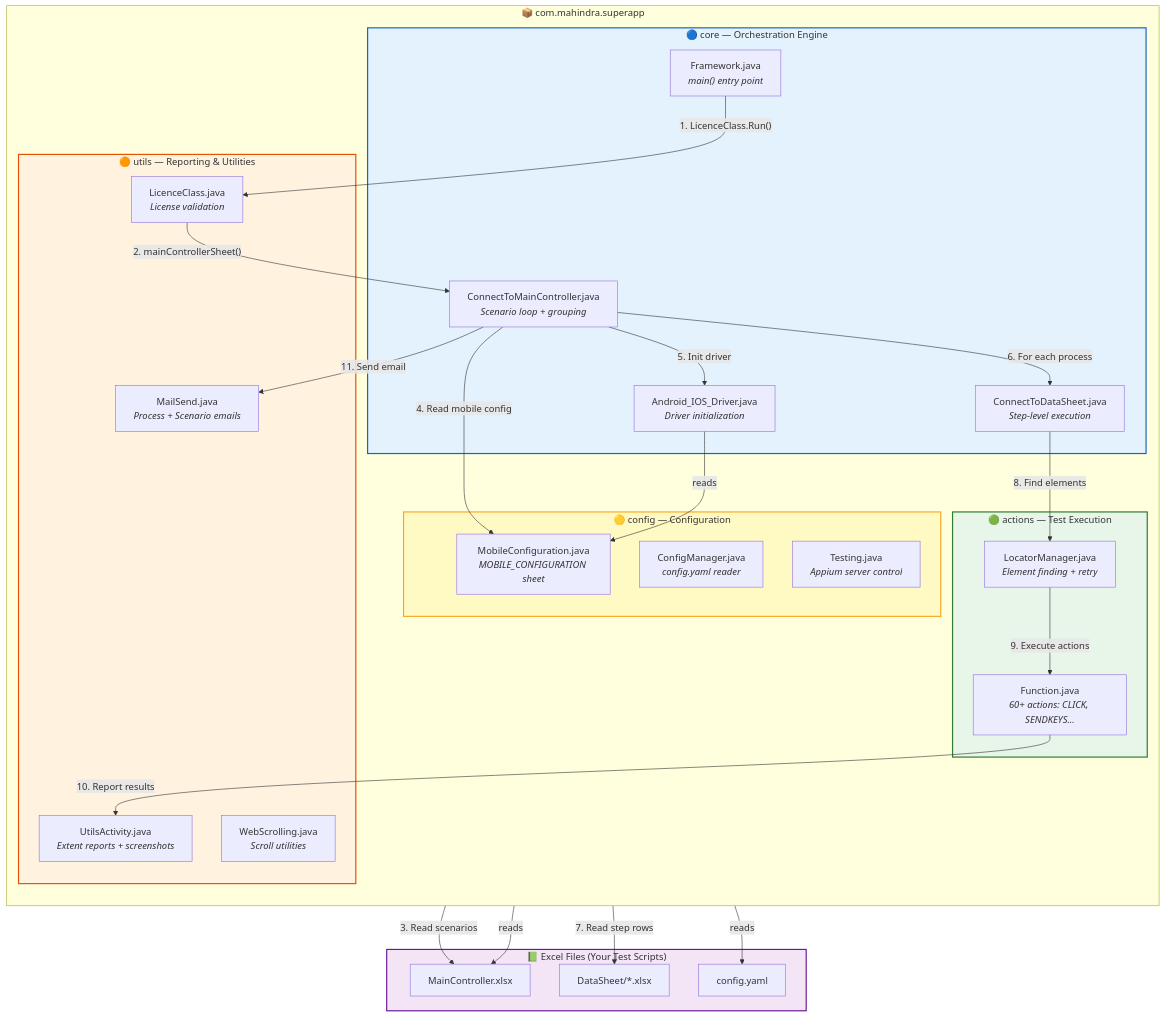
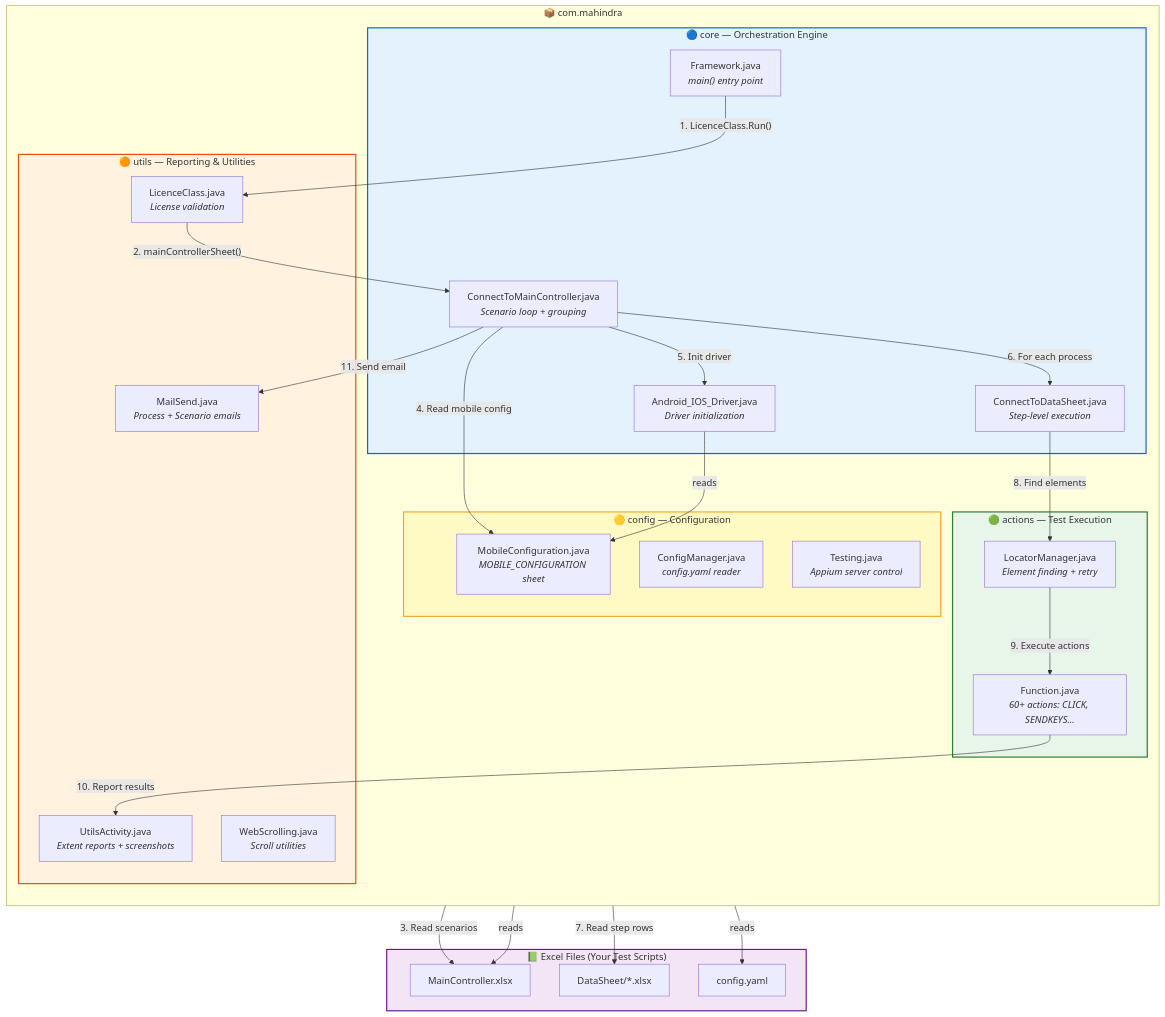
One commit to biswa2000df/BISWAJIT_HYBRID_FRAMEWORK changed the first of 9 diagrams in README.md. Above: the diagram before and after it, drawn with Mermaid. The commit also changed other lines of this file and 20 other files, not shown here.

````diff
--- a/README.md
+++ b/README.md
@@ -97,58 +97,58 @@
 ```mermaid
 graph TB
-    subgraph "📦 com.mahindra.superapp"
+    subgraph "📦 com.mahindra"
         direction TB
         
         subgraph CORE["🔵 core — Orchestration Engine"]
             FW["Framework.java<br/><i>main() entry point</i>"]
             CMC["ConnectToMainController.java<br/><i>Scenario loop + grouping</i>"]
             CDS["ConnectToDataSheet.java<br/><i>Step-level execution</i>"]
             AID["Android_IOS_Driver.java<br/><i>Driver initialization</i>"]
         end
 
         subgraph CONFIG["🟡 config — Configuration"]
             CFG["ConfigManager.java<br/><i>config.yaml reader</i>"]
             MOB["MobileConfiguration.java<br/><i>MOBILE_CONFIGURATION sheet</i>"]
             TST["Testing.java<br/><i>Appium server control</i>"]
         end
 
         subgraph ACTIONS["🟢 actions — Test Execution"]
             LM["LocatorManager.java<br/><i>Element finding + retry</i>"]
             FN["Function.java<br/><i>60+ actions: CLICK, SENDKEYS...</i>"]
         end
 
         subgraph UTILS["🟠 utils — Reporting & Utilities"]
             UA["UtilsActivity.java<br/><i>Extent reports + screenshots</i>"]
             MS["MailSend.java<br/><i>Process + Scenario emails</i>"]
             LC["LicenceClass.java<br/><i>License validation</i>"]
             WS["WebScrolling.java<br/><i>Scroll utilities</i>"]
         end
     end
 
     subgraph EXCEL["📗 Excel Files (Your Test Scripts)"]
         MC["MainController.xlsx"]
         DS["DataSheet/*.xlsx"]
         CY["config.yaml"]
     end
 
     FW -->|"1. LicenceClass.Run()"| LC
     LC -->|"2. mainControllerSheet()"| CMC
     CMC -->|"3. Read scenarios"| MC
     CMC -->|"4. Read mobile config"| MOB
     CMC -->|"5. Init driver"| AID
     CMC -->|"6. For each process"| CDS
     CDS -->|"7. Read step rows"| DS
     CDS -->|"8. Find elements"| LM
     LM -->|"9. Execute actions"| FN
     FN -->|"10. Report results"| UA
     CMC -->|"11. Send email"| MS
     AID -->|"reads"| MOB
     MOB -->|"reads"| MC
     CFG -->|"reads"| CY
 
     style CORE fill:#e3f2fd,stroke:#1565c0,stroke-width:2px
     style CONFIG fill:#fff9c4,stroke:#f9a825,stroke-width:2px
     style ACTIONS fill:#e8f5e9,stroke:#2e7d32,stroke-width:2px
     style UTILS fill:#fff3e0,stroke:#e65100,stroke-width:2px
     style EXCEL fill:#f3e5f5,stroke:#6a1b9a,stroke-width:2px
 ```
````
